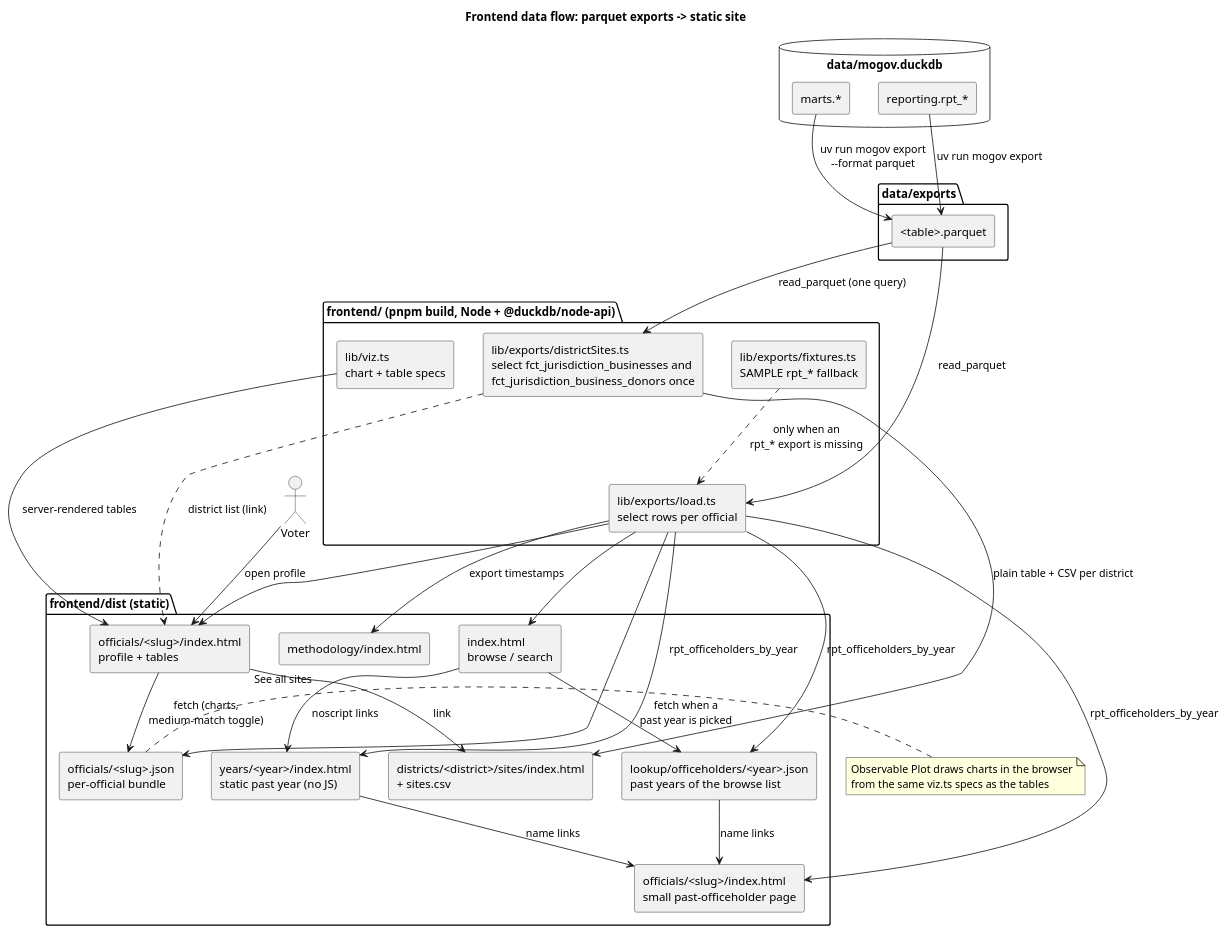
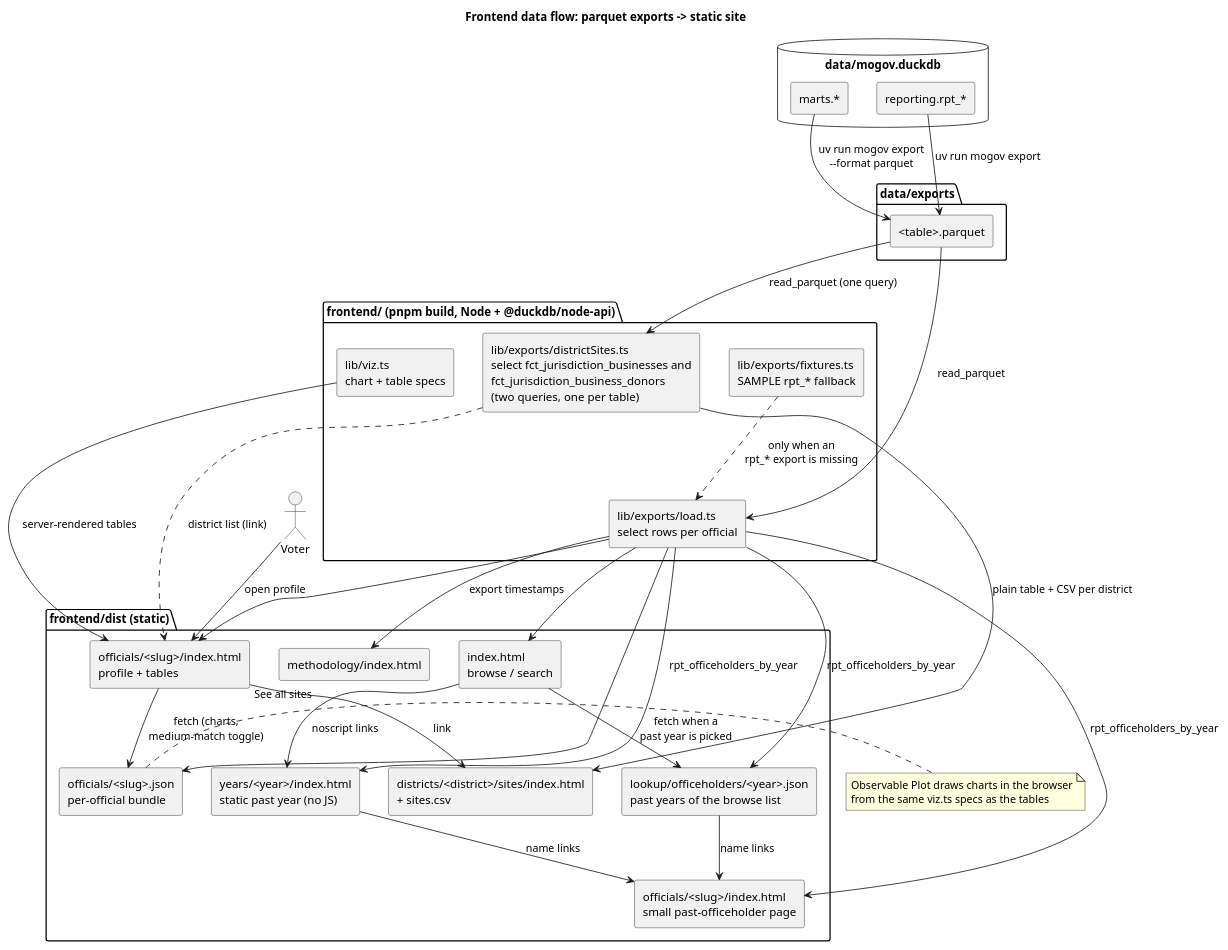
Before and after one commit to akettmann/missouri_gov_feed: the diagram in docs/diagrams/frontend_data_flow.puml, drawn with PlantUML. The commit also changed 12 other files, not shown here.

Commit message:
Donor table review fixes: lineage diagram, mart test per official, stale-export message, collision-proof donor-set key

```diff
--- a/docs/diagrams/frontend_data_flow.puml
+++ b/docs/diagrams/frontend_data_flow.puml
@@ -1,60 +1,60 @@
 @startuml frontend_data_flow
 title Frontend data flow: parquet exports -> static site
 skinparam componentStyle rectangle
 
 database "data/mogov.duckdb" as wh {
   [marts.*] as marts
   [reporting.rpt_*] as rpt
 }
 
 folder "data/exports" as exports {
   [<table>.parquet] as pq
 }
 
 package "frontend/ (pnpm build, Node + @duckdb/node-api)" {
   [lib/exports/load.ts\nselect rows per official] as load
   [lib/exports/fixtures.ts\nSAMPLE rpt_* fallback] as fixtures
-  [lib/exports/districtSites.ts\nselect fct_jurisdiction_businesses and\nfct_jurisdiction_business_donors once] as dsites
+  [lib/exports/districtSites.ts\nselect fct_jurisdiction_businesses and\nfct_jurisdiction_business_donors\n(two queries, one per table)] as dsites
   [lib/viz.ts\nchart + table specs] as viz
 }
 
 folder "frontend/dist (static)" as dist {
   [index.html\nbrowse / search] as idx
   [lookup/officeholders/<year>.json\npast years of the browse list] as yearjson
   [years/<year>/index.html\nstatic past year (no JS)] as yearpage
   [officials/<slug>/index.html\nprofile + tables] as page
   [officials/<slug>/index.html\nsmall past-officeholder page] as pastpage
   [officials/<slug>.json\nper-official bundle] as json
   [districts/<district>/sites/index.html\n+ sites.csv] as sites
   [methodology/index.html] as meth
 }
 
 actor Voter as voter
 
 marts --> pq : uv run mogov export\n--format parquet
 rpt --> pq : uv run mogov export
 pq --> load : read_parquet
 fixtures ..> load : only when an\nrpt_* export is missing
 load --> idx
 load --> yearjson : rpt_officeholders_by_year
 idx --> yearjson : fetch when a\npast year is picked
 load --> yearpage : rpt_officeholders_by_year
 load --> pastpage : rpt_officeholders_by_year
 yearpage --> pastpage : name links
 yearjson --> pastpage : name links
 idx --> yearpage : noscript links
 load --> page
 load --> json
 pq --> dsites : read_parquet (one query)
 dsites --> sites : plain table + CSV per district
 page --> sites : "See all sites" link
 dsites ..> page : district list (link)
 load --> meth : export timestamps
 viz --> page : server-rendered tables
 voter --> page : open profile
 page --> json : fetch (charts,\nmedium-match toggle)
 note right of json
   Observable Plot draws charts in the browser
   from the same viz.ts specs as the tables
 end note
 @enduml
```
